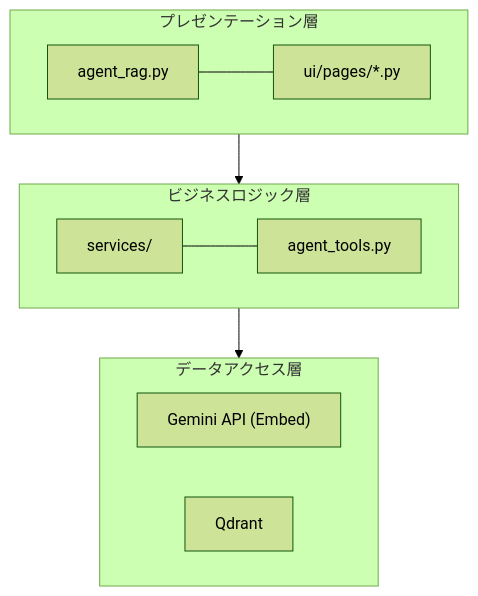
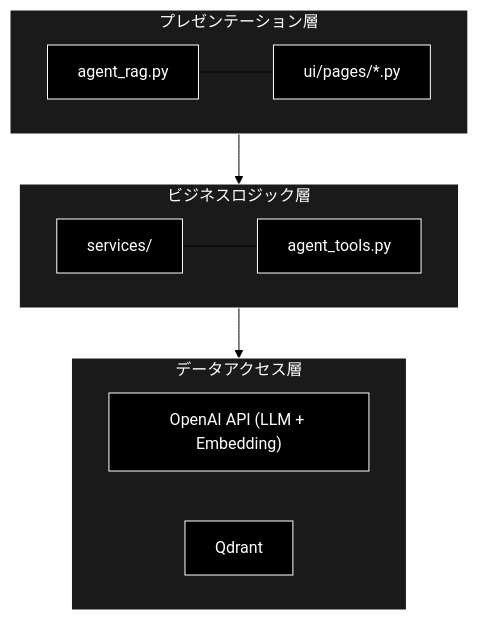
The first of 10 diagrams in readme_react_reflection.md (nakashima2toshio/openai_grace_agent), drawn with Mermaid (forest theme) before and after one commit. The commit also changed other lines of this file and 4 other files, not shown here.

````diff
--- a/readme_react_reflection.md
+++ b/readme_react_reflection.md
@@ -141,22 +108,28 @@
 ```mermaid
 graph TD
-    subgraph Presentation [プレゼンテーション層]
+    subgraph Presentation ["プレゼンテーション層"]
         Entry["agent_rag.py"]
         Pages["ui/pages/*.py"]
         Entry --- Pages
     end
 
-    subgraph BusinessLogic [ビジネスロジック層]
+    subgraph BusinessLogic ["ビジネスロジック層"]
         Services["services/"]
         Tools["agent_tools.py"]
         Services --- Tools
     end
 
-    subgraph DataAccess [データアクセス層]
-        API["Gemini API (Embed)"]
+    subgraph DataAccess ["データアクセス層"]
+        API["OpenAI API (LLM + Embedding)"]
         DB["Qdrant"]
     end
 
     Presentation --> BusinessLogic
     BusinessLogic --> DataAccess
+classDef default fill:#000,stroke:#fff,color:#fff
+classDef subgraphStyle fill:#1a1a1a,stroke:#fff,color:#fff
+class Entry,Pages,Services,Tools,API,DB default
+style Presentation fill:#1a1a1a,stroke:#fff,color:#fff
+style BusinessLogic fill:#1a1a1a,stroke:#fff,color:#fff
+style DataAccess fill:#1a1a1a,stroke:#fff,color:#fff
 ```
````
